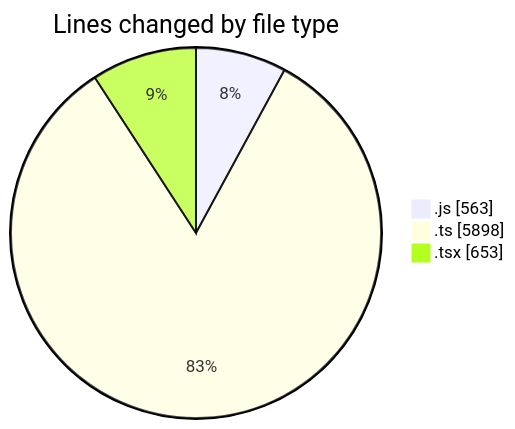
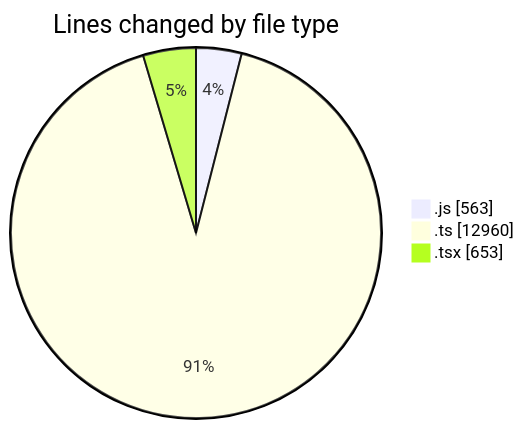
The first of 2 diagrams in 2025-11-14/cda/README.md (momahboobian/code-tracking), drawn with Mermaid before and after one commit. The commit also changed other lines of this file and 1 other file, not shown here.

````diff
--- a/2025-11-14/cda/README.md
+++ b/2025-11-14/cda/README.md
@@ -32,7 +34,7 @@
 ```mermaid
 pie showData
 title Lines changed by file type
 ".js" : 563
-".ts" : 5898
+".ts" : 12960
 ".tsx" : 653
 ```
````
